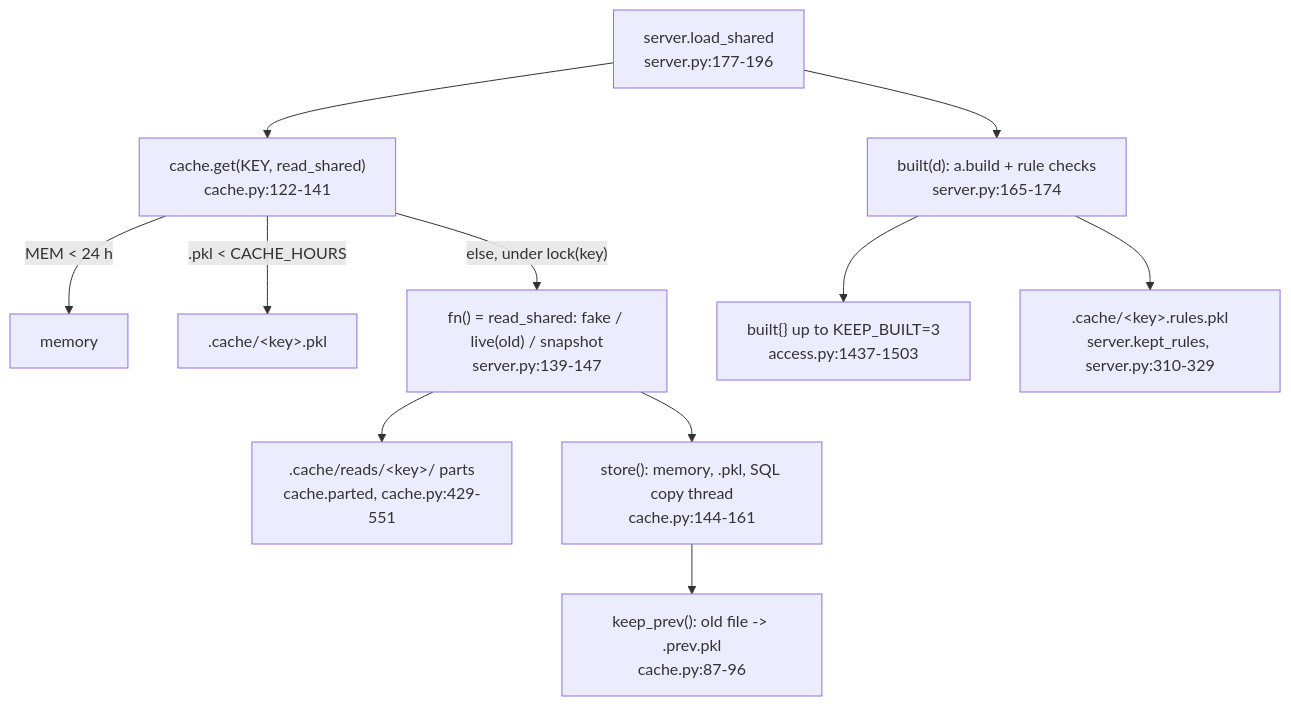
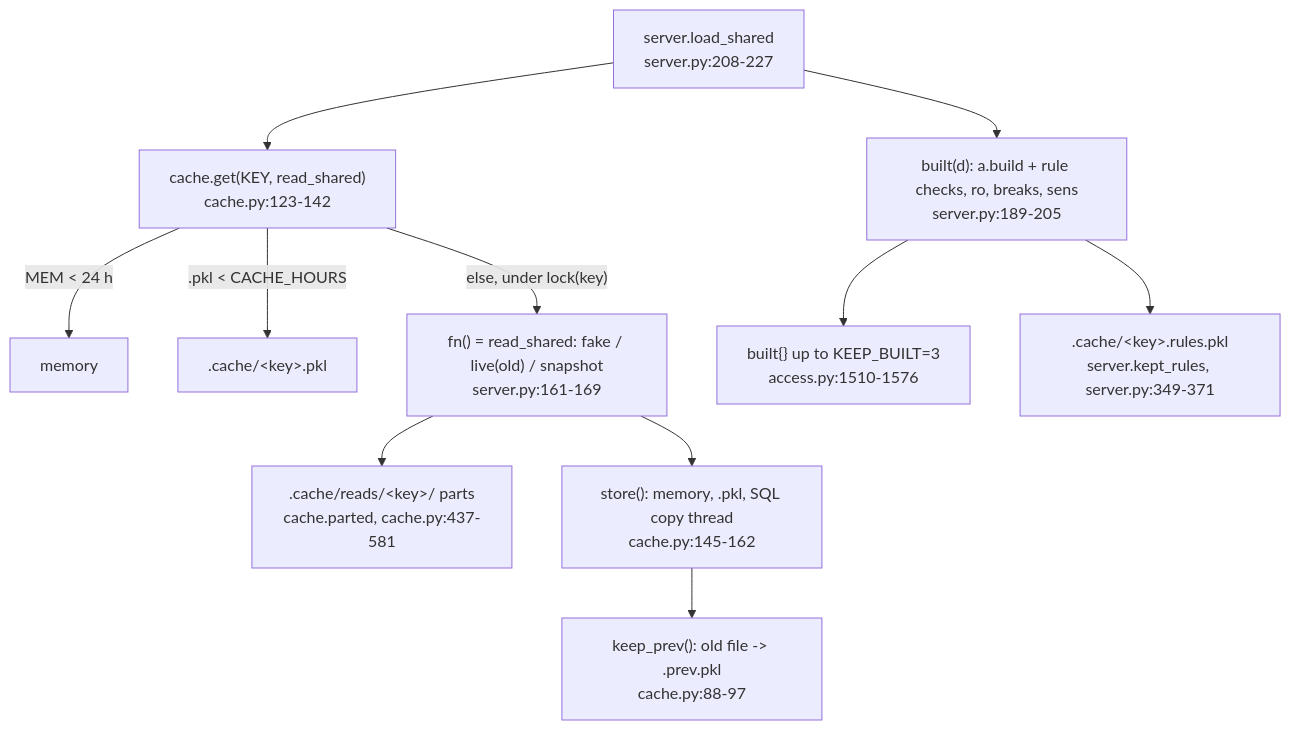
The diagram in snowflake-access-explorer-knowledge-graph/logic/caching.md (darshanmeel/snowflake-access-explorer), drawn with Mermaid before and after one commit. The commit also changed other lines of this file and 86 other files, not shown here.

First line of the commit message:
Knowledge graph up to a71221c: paged pages, lazy graph boxes, read order, What changed at refresh, load steps

````diff
--- a/snowflake-access-explorer-knowledge-graph/logic/caching.md
+++ b/snowflake-access-explorer-knowledge-graph/logic/caching.md
@@ -6,13 +6,13 @@
 ```mermaid
 flowchart TD
-  LS["server.load_shared<br/>server.py:177-196"] --> G["cache.get(KEY, read_shared)<br/>cache.py:122-141"]
+  LS["server.load_shared<br/>server.py:208-227"] --> G["cache.get(KEY, read_shared)<br/>cache.py:123-142"]
   G -->|"MEM < 24 h"| M[memory]
   G -->|".pkl < CACHE_HOURS"| P[".cache/&lt;key&gt;.pkl"]
-  G -->|"else, under lock(key)"| R["fn() = read_shared: fake / live(old) / snapshot<br/>server.py:139-147"]
-  R --> PT[".cache/reads/&lt;key&gt;/ parts<br/>cache.parted, cache.py:429-551"]
-  R --> ST["store(): memory, .pkl, SQL copy thread<br/>cache.py:144-161"]
-  ST --> KP["keep_prev(): old file -> .prev.pkl<br/>cache.py:87-96"]
-  LS --> B["built(d): a.build + rule checks<br/>server.py:165-174"]
-  B --> KB["built{} up to KEEP_BUILT=3<br/>access.py:1437-1503"]
-  B --> KR[".cache/&lt;key&gt;.rules.pkl<br/>server.kept_rules, server.py:310-329"]
+  G -->|"else, under lock(key)"| R["fn() = read_shared: fake / live(old) / snapshot<br/>server.py:161-169"]
+  R --> PT[".cache/reads/&lt;key&gt;/ parts<br/>cache.parted, cache.py:437-581"]
+  R --> ST["store(): memory, .pkl, SQL copy thread<br/>cache.py:145-162"]
+  ST --> KP["keep_prev(): old file -> .prev.pkl<br/>cache.py:88-97"]
+  LS --> B["built(d): a.build + rule checks, ro, breaks, sens<br/>server.py:189-205"]
+  B --> KB["built{} up to KEEP_BUILT=3<br/>access.py:1510-1576"]
+  B --> KR[".cache/&lt;key&gt;.rules.pkl<br/>server.kept_rules, server.py:349-371"]
 ```
````
